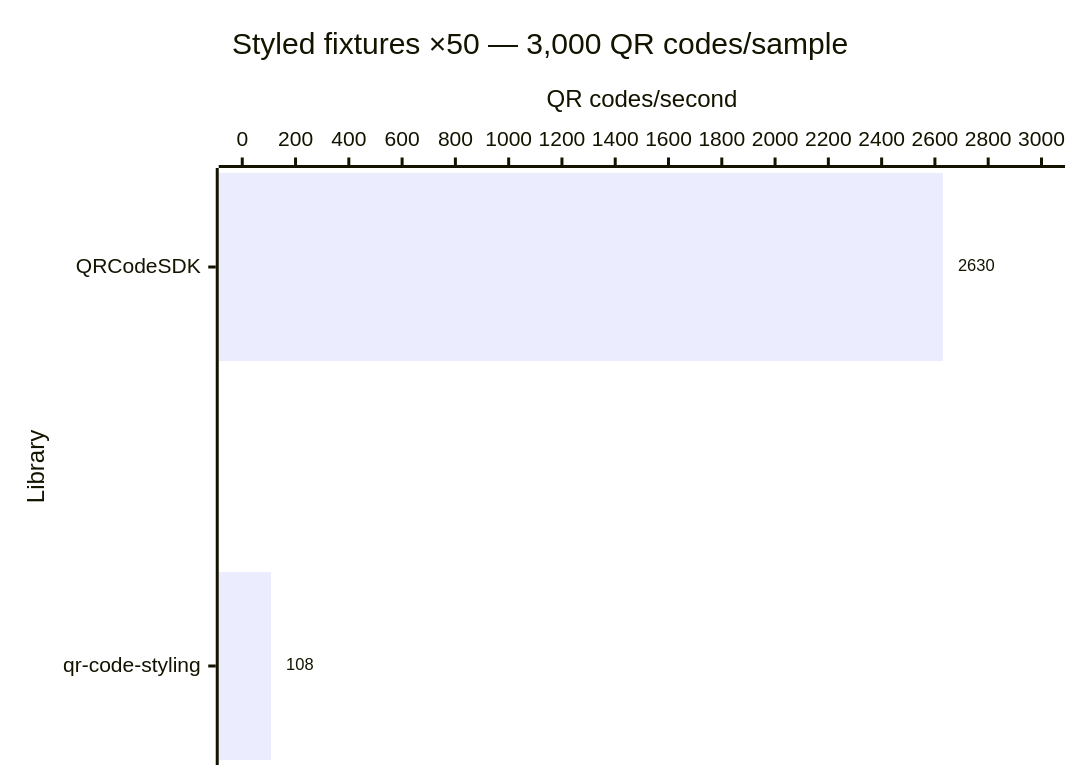
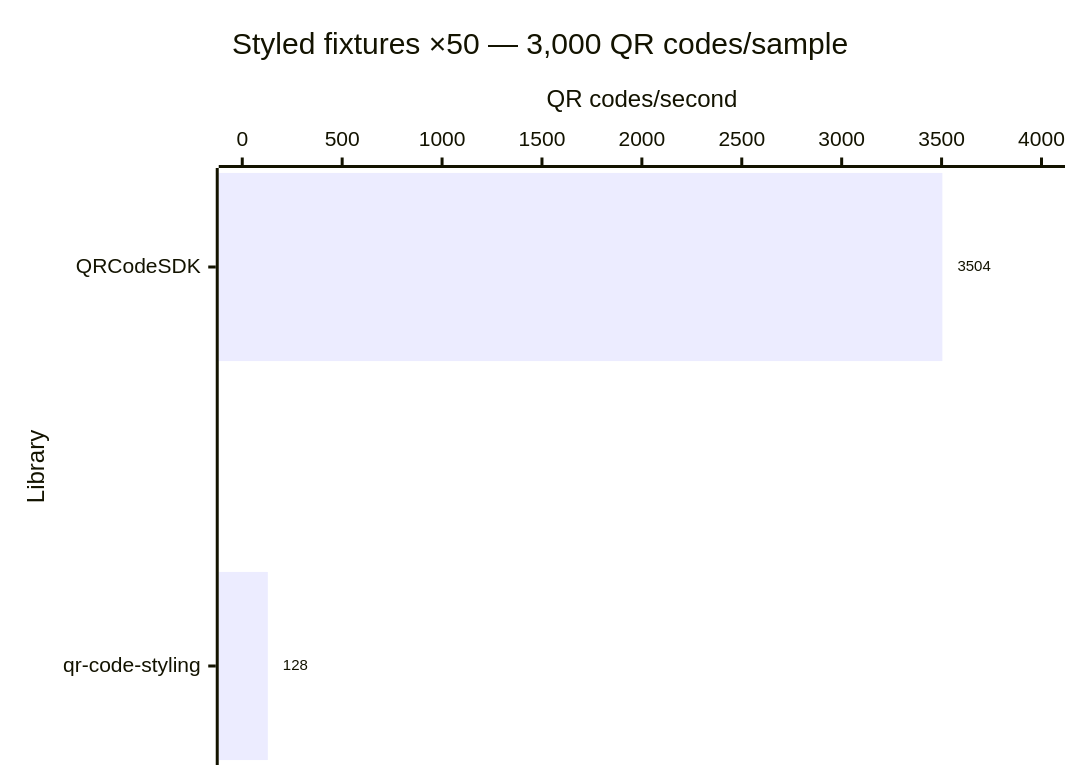
One commit to Dafnik/qrcodesdk changed diagram 14 of 14 in apps/docs/src/content/docs/learn/performance.md. Above: the diagram before and after it, drawn with Mermaid. The commit also changed other lines of this file, not shown here.

````diff
--- a/apps/docs/src/content/docs/learn/performance.md
+++ b/apps/docs/src/content/docs/learn/performance.md
@@ -300,15 +300,15 @@
 ```mermaid
 ---
 config:
   xyChart:
     showDataLabel: true
     showDataLabelOutsideBar: true
 ---
 xychart horizontal
   accTitle: Styled SVG generation: Styled fixtures ×50 — 3,000 QR codes/sample
-  accDescr: Throughput calculated from median time. QRCodeSDK 2,630 QR codes per second, qr-code-styling 108 QR codes per second. Higher is better.
+  accDescr: Throughput calculated from median time. QRCodeSDK 3,504 QR codes per second, qr-code-styling 128 QR codes per second. Higher is better.
   title "Styled fixtures ×50 — 3,000 QR codes/sample"
   x-axis "Library" ["QRCodeSDK", "qr-code-styling"]
-  y-axis "QR codes/second" 0 --> 3000
-  bar [2630, 108]
+  y-axis "QR codes/second" 0 --> 4000
+  bar [3504, 128]
 ```
````
